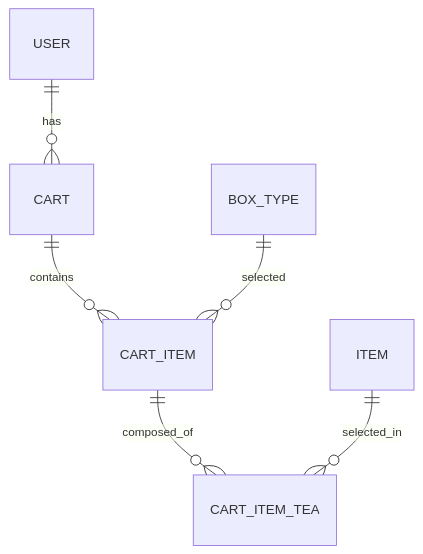
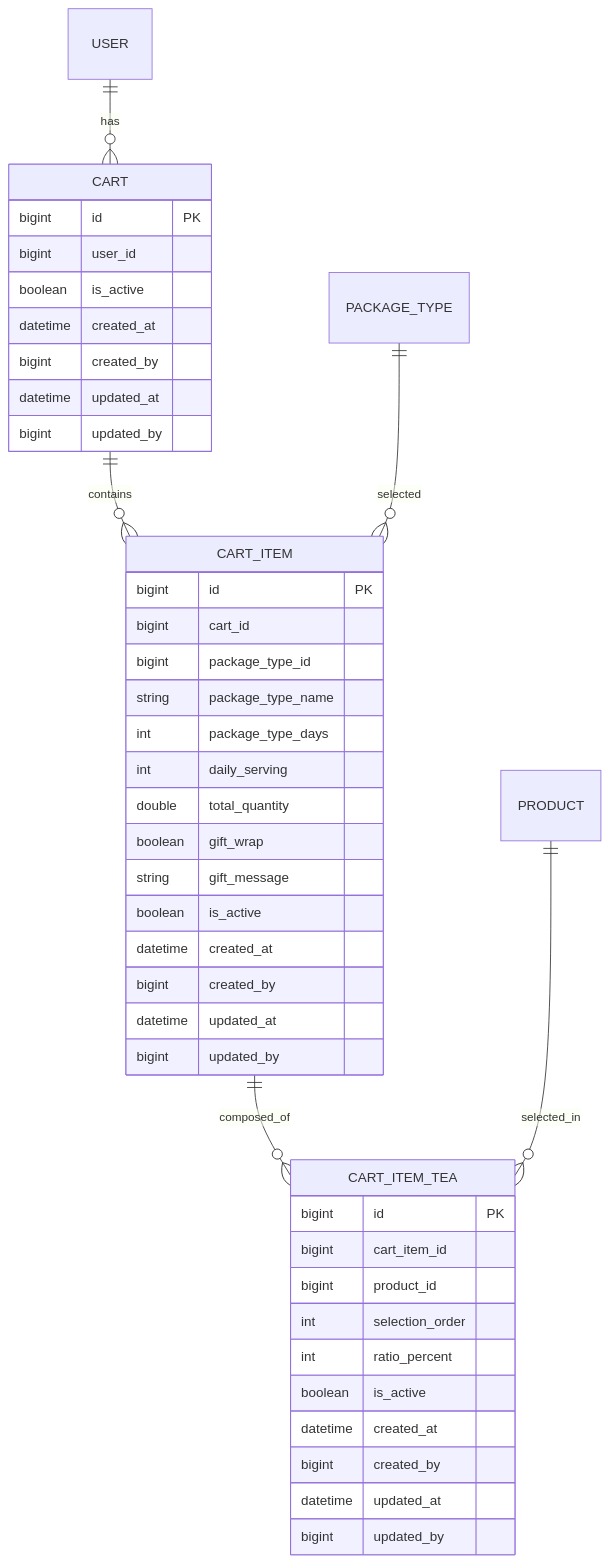
The fifth of 8 diagrams in ecommerce/docs/api/data-models.md (jay05410/hanghae10-for-study), drawn with Mermaid before and after one commit. The commit also changed other lines of this file, not shown here.

Commit message:
docs: ERD 개선(FK 제거 및 필요 테이블, 컬럼 추가)

````diff
--- a/ecommerce/docs/api/data-models.md
+++ b/ecommerce/docs/api/data-models.md
@@ -353,8 +568,48 @@
 ```mermaid
 erDiagram
-    USER ||--o{ CART : has
-    CART ||--o{ CART_ITEM : contains
-    CART_ITEM ||--o{ CART_ITEM_TEA : composed_of
-    BOX_TYPE ||--o{ CART_ITEM : selected
-    ITEM ||--o{ CART_ITEM_TEA : selected_in
+    USER ||--o{ CART : "has"
+    CART ||--o{ CART_ITEM : "contains"
+    CART_ITEM ||--o{ CART_ITEM_TEA : "composed_of"
+    PRODUCT ||--o{ CART_ITEM_TEA : "selected_in"
+    PACKAGE_TYPE ||--o{ CART_ITEM : "selected"
+
+    CART {
+        bigint id PK
+        bigint user_id
+        boolean is_active
+        datetime created_at
+        bigint created_by
+        datetime updated_at
+        bigint updated_by
+    }
+
+    CART_ITEM {
+        bigint id PK
+        bigint cart_id
+        bigint package_type_id
+        string package_type_name
+        int package_type_days
+        int daily_serving
+        double total_quantity
+        boolean gift_wrap
+        string gift_message
+        boolean is_active
+        datetime created_at
+        bigint created_by
+        datetime updated_at
+        bigint updated_by
+    }
+
+    CART_ITEM_TEA {
+        bigint id PK
+        bigint cart_item_id
+        bigint product_id
+        int selection_order
+        int ratio_percent
+        boolean is_active
+        datetime created_at
+        bigint created_by
+        datetime updated_at
+        bigint updated_by
+    }
 ```
````
